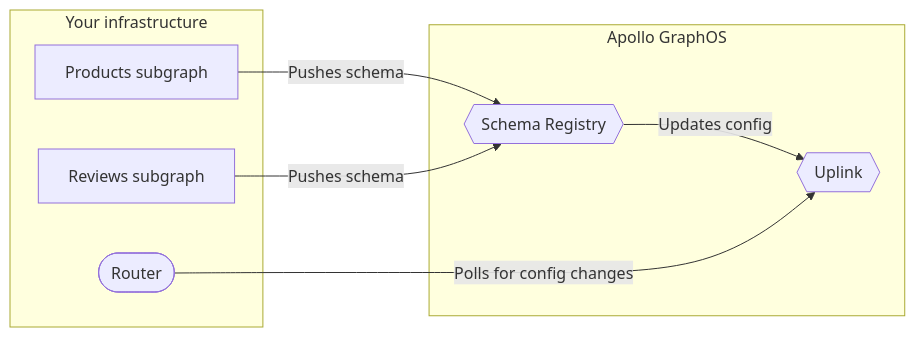
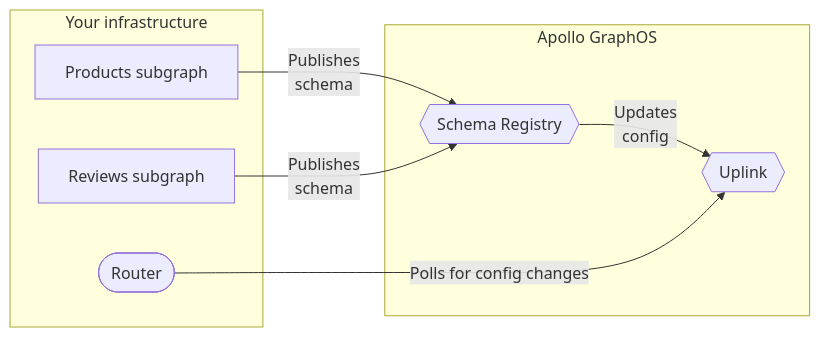
The diagram in docs/source/managed-federation/uplink.mdx (apollographql/federation), drawn with Mermaid before and after one commit. The commit also changed other lines of this file, not shown here.

Commit message:
Content edit to Uplink article

````diff
--- a/docs/source/managed-federation/uplink.mdx
+++ b/docs/source/managed-federation/uplink.mdx
@@ -8,17 +8,17 @@
 ```mermaid
 graph LR;
   subgraph "Your infrastructure"
   serviceA[Products subgraph];
   serviceB[Reviews subgraph];
   router([Router]);
   end
   subgraph "Apollo GraphOS"
   registry{{Schema Registry}};
   uplink{{Uplink}}
   end
-  serviceA & serviceB -->|Pushes schema| registry;
-  registry -->|Updates config| uplink;
+  serviceA & serviceB -->|"Publishes<br/>schema"| registry;
+  registry -->|"Updates<br/>config"| uplink;
   router -->|Polls for config changes| uplink;
   class registry secondary;
   class uplink secondary;
 ```
````
